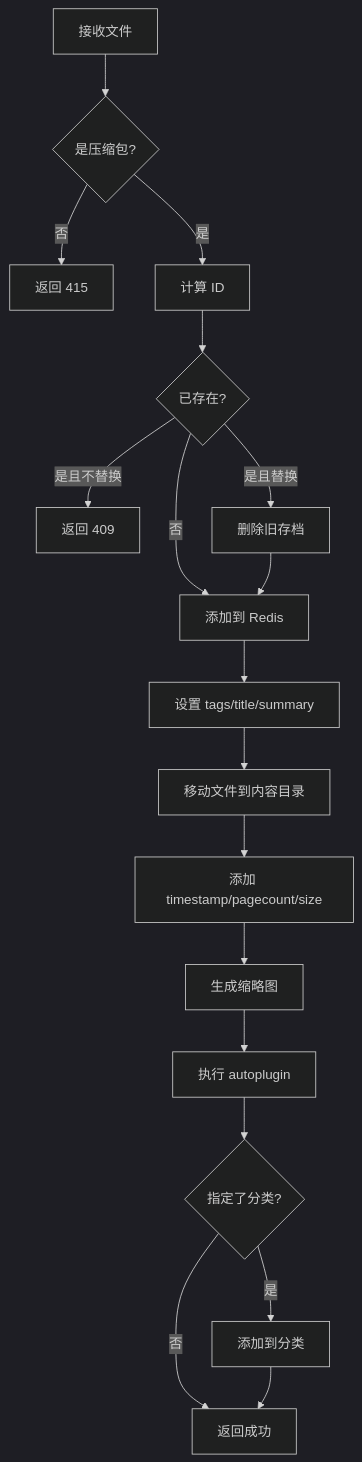
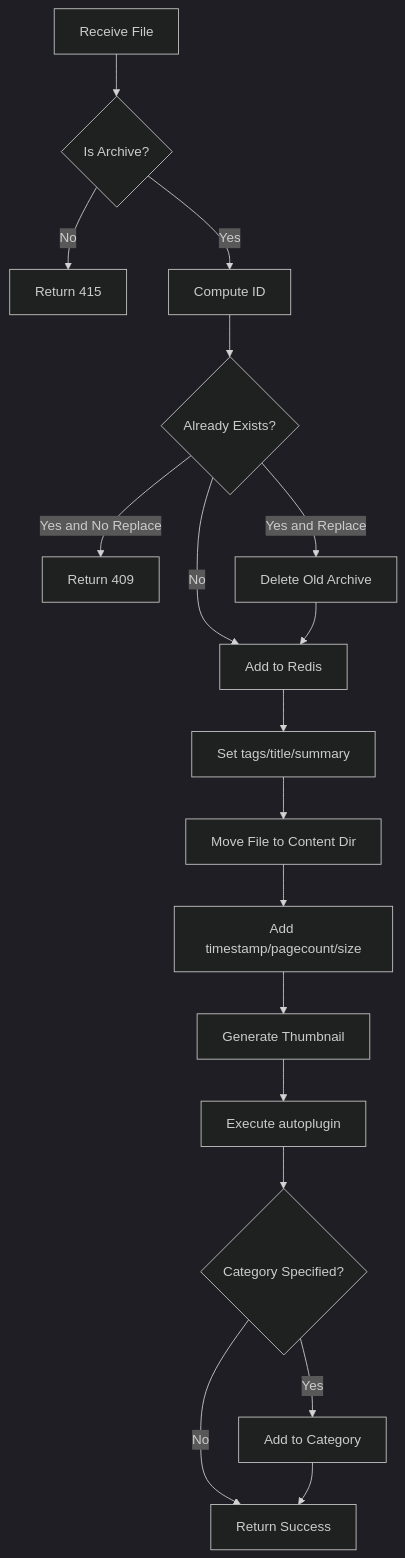
The second of 3 diagrams in docs/zh-CN/06_models.md (OborozukiNoYume/LANraragi), drawn with Mermaid (dark theme) before and after one commit. The commit also changed other lines of this file and 7 other files, not shown here.

````diff
--- a/docs/zh-CN/06_models.md
+++ b/docs/zh-CN/06_models.md
@@ -204,20 +204,20 @@
 ```mermaid
 flowchart TD
-    A[接收文件] --> B{是压缩包?}
-    B -->|否| C[返回 415]
-    B -->|是| D[计算 ID]
-    D --> E{已存在?}
-    E -->|是且不替换| F[返回 409]
-    E -->|是且替换| G[删除旧存档]
-    E -->|否| H[添加到 Redis]
+    A[Receive File] --> B{Is Archive?}
+    B -->|No| C[Return 415]
+    B -->|Yes| D[Compute ID]
+    D --> E{Already Exists?}
+    E -->|Yes and No Replace| F[Return 409]
+    E -->|Yes and Replace| G[Delete Old Archive]
+    E -->|No| H[Add to Redis]
     G --> H
-    H --> I[设置 tags/title/summary]
-    I --> J[移动文件到内容目录]
-    J --> K[添加 timestamp/pagecount/size]
-    K --> L[生成缩略图]
-    L --> M[执行 autoplugin]
-    M --> N{指定了分类?}
-    N -->|是| O[添加到分类]
-    N -->|否| P[返回成功]
+    H --> I[Set tags/title/summary]
+    I --> J[Move File to Content Dir]
+    J --> K[Add timestamp/pagecount/size]
+    K --> L[Generate Thumbnail]
+    L --> M[Execute autoplugin]
+    M --> N{Category Specified?}
+    N -->|Yes| O[Add to Category]
+    N -->|No| P[Return Success]
     O --> P
 ```
````
